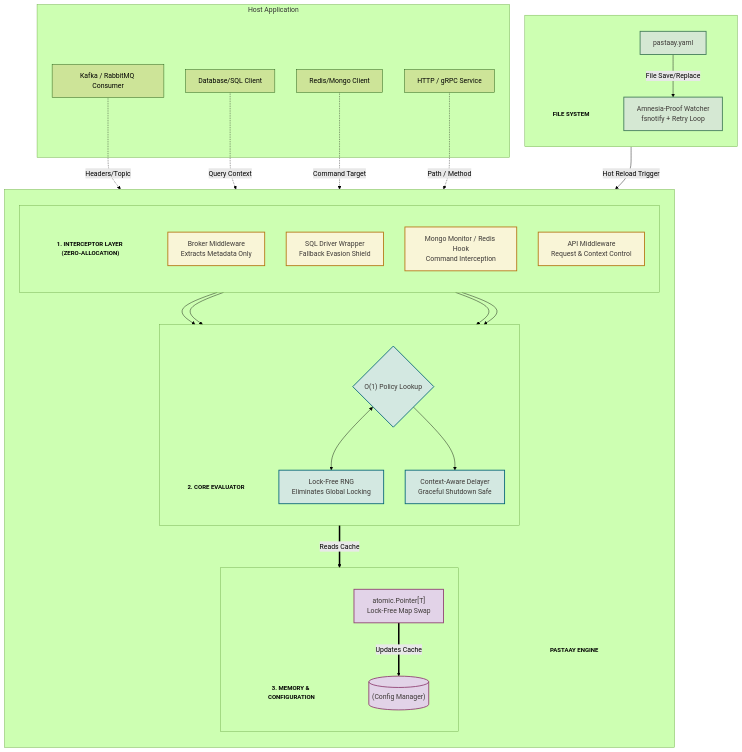
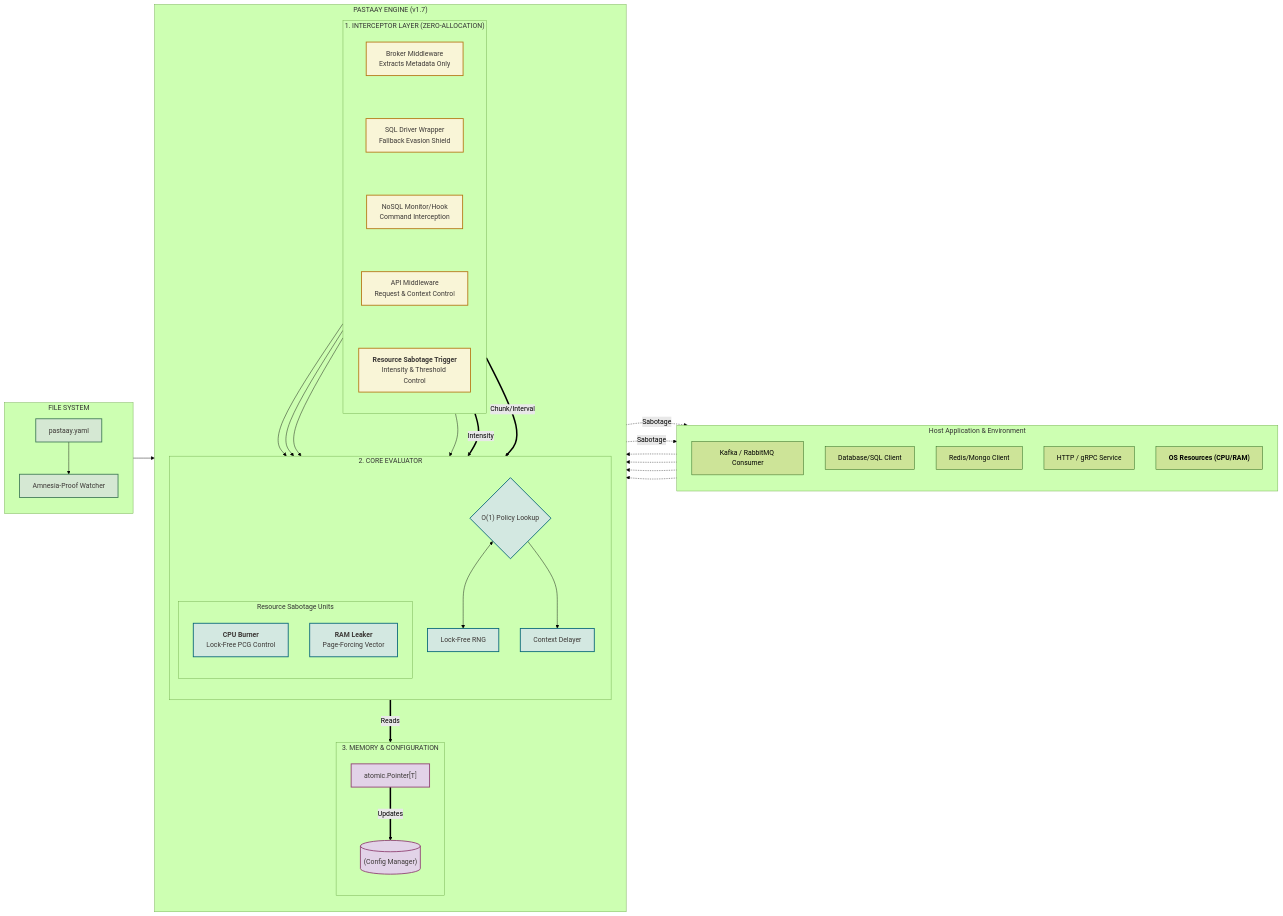
The diagram in docs/architecture.md (CemAkan/pastaay), drawn with Mermaid (forest theme) before and after one commit. The commit also changed other lines of this file and 2 other files, not shown here.

Commit message:
docs: finalize v1.7 specifications and impact metrics

````diff
--- a/docs/architecture.md
+++ b/docs/architecture.md
@@ -35,77 +35,82 @@
 ```mermaid
-graph TD
-    subgraph "Host Application"
+graph LR
+    subgraph HOST ["Host Application & Environment"]
+        direction TB
         A["Kafka / RabbitMQ Consumer"]
         B["Database/SQL Client"]
         C["Redis/Mongo Client"]
         D["HTTP / gRPC Service"]
+        H["<b>OS Resources (CPU/RAM)</b>"]
     end
 
-subgraph PE [" "]
-direction TB
-L1["<b>PASTAAY ENGINE</b>"]
+    subgraph PE ["PASTAAY ENGINE (v1.7)"]
+        direction TB
 
-subgraph IL [" "]
-direction TB
-L2["<b>1. INTERCEPTOR LAYER (ZERO-ALLOCATION)</b>"]
-I1["Broker Middleware<br/>Extracts Metadata Only"]
-I2["SQL Driver Wrapper<br/>Fallback Evasion Shield"]
-I3["Mongo Monitor / Redis Hook<br/>Command Interception"]
-I4["API Middleware<br/>Request & Context Control"]
-end
+        subgraph IL ["1. INTERCEPTOR LAYER (ZERO-ALLOCATION)"]
+            direction TB
+            I1["Broker Middleware<br/>Extracts Metadata Only"]
+            I1 ~~~ I2
+            I2["SQL Driver Wrapper<br/>Fallback Evasion Shield"]
+            I2 ~~~ I3
+            I3["NoSQL Monitor/Hook<br/>Command Interception"]
+            I3 ~~~ I4
+            I4["API Middleware<br/>Request & Context Control"]
+            I4 ~~~ I5
+            I5["<b>Resource Sabotage Trigger</b><br/>Intensity & Threshold Control"]
+        end
 
-subgraph CE [" "]
-direction TB
-L3["<b>2. CORE EVALUATOR</b>"]
-E1{"O(1) Policy Lookup"}
-E2["Lock-Free RNG<br/>Eliminates Global Locking"]
-E3["Context-Aware Delayer<br/>Graceful Shutdown Safe"]
-end
+        subgraph CE ["2. CORE EVALUATOR"]
+            direction TB
+            E1{"O(1) Policy Lookup"}
+            subgraph CE_RES ["Resource Sabotage Units"]
+                E4["<b>CPU Burner</b><br/>Lock-Free PCG Control"]
+                E5["<b>RAM Leaker</b><br/>Page-Forcing Vector"]
+            end
+            E2["Lock-Free RNG"]
+            E3["Context Delayer"]
+        end
 
-subgraph MC [" "]
-direction TB
-L4["<b>3. MEMORY & CONFIGURATION</b>"]
-M1[("(Config Manager)")]
-M2["atomic.Pointer[T]<br/>Lock-Free Map Swap"]
-end
-end
+        subgraph MC ["3. MEMORY & CONFIGURATION"]
+            direction TB
+            M1[("(Config Manager)")]
+            M2["atomic.Pointer[T]"]
+        end
+    end
 
-subgraph FS [" "]
-direction TB
-L5["<b>FILE SYSTEM</b>"]
-F1["pastaay.yaml"]
-F2["Amnesia-Proof Watcher<br/>fsnotify + Retry Loop"]
-end
+    subgraph FS ["FILE SYSTEM"]
+        direction TB
+        F1["pastaay.yaml"]
+        F2["Amnesia-Proof Watcher"]
+    end
 
-%% Connections
-A -.->|Headers/Topic| I1
-B -.->|Query Context| I2
-C -.->|Command Target| I3
-D -.->|Path / Method| I4
+%% -- CLEAN VERTICAL CONNECTIONS --
+    A -.-> I1
+    B -.-> I2
+    C -.-> I3
+    D -.-> I4
 
-I1 --> E1
-I2 --> E1
-I3 --> E1
-I4 --> E1
+    I1 & I2 & I3 & I4 --> E1
+    I5 ==>|Intensity| E4
+    I5 ==>|Chunk/Interval| E5
 
-E1 <--> E2
-E1 --> E3
-E1 ==>|Reads Cache| M1
+    E1 <--> E2
+    E1 --> E3
+    E1 ==>|Reads| M1
 
-F1 -->|File Save/Replace| F2
-F2 -->|Hot Reload Trigger| M2
-M2 ==>|Updates Cache| M1
+    E4 & E5 -.->|Sabotage| H
 
+    F1 --> F2
+    F2 --> M2
+    M2 ==>|Updates| M1
 
-classDef interceptor fill:#f9f5d7,stroke:#b57614,stroke-width:2px,color:#3c3836;
-classDef evaluator fill:#d3e8e1,stroke:#076678,stroke-width:2px,color:#3c3836;
-classDef memory fill:#e2d3e8,stroke:#8f3f71,stroke-width:2px,color:#3c3836;
-classDef filesystem fill:#d5e8d3,stroke:#427b58,stroke-width:2px,color:#3c3836;
-classDef header fill:none,stroke:none,font-size:14px,font-weight:bold;
+%% Styling
+    classDef interceptor fill:#f9f5d7,stroke:#b57614,stroke-width:2px,color:#3c3836;
+    classDef evaluator fill:#d3e8e1,stroke:#076678,stroke-width:2px,color:#3c3836;
+    classDef memory fill:#e2d3e8,stroke:#8f3f71,stroke-width:2px,color:#3c3836;
+    classDef filesystem fill:#d5e8d3,stroke:#427b58,stroke-width:2px,color:#3c3836;
 
-class I1,I2,I3,I4 interceptor;
-class E1,E2,E3 evaluator;
-class M1,M2 memory;
-class F1,F2 filesystem;
-class L1,L2,L3,L4,L5 header;
+    class I1,I2,I3,I4,I5 interceptor;
+    class E1,E2,E3,E4,E5 evaluator;
+    class M1,M2 memory;
+    class F1,F2 filesystem;
 ```
````
